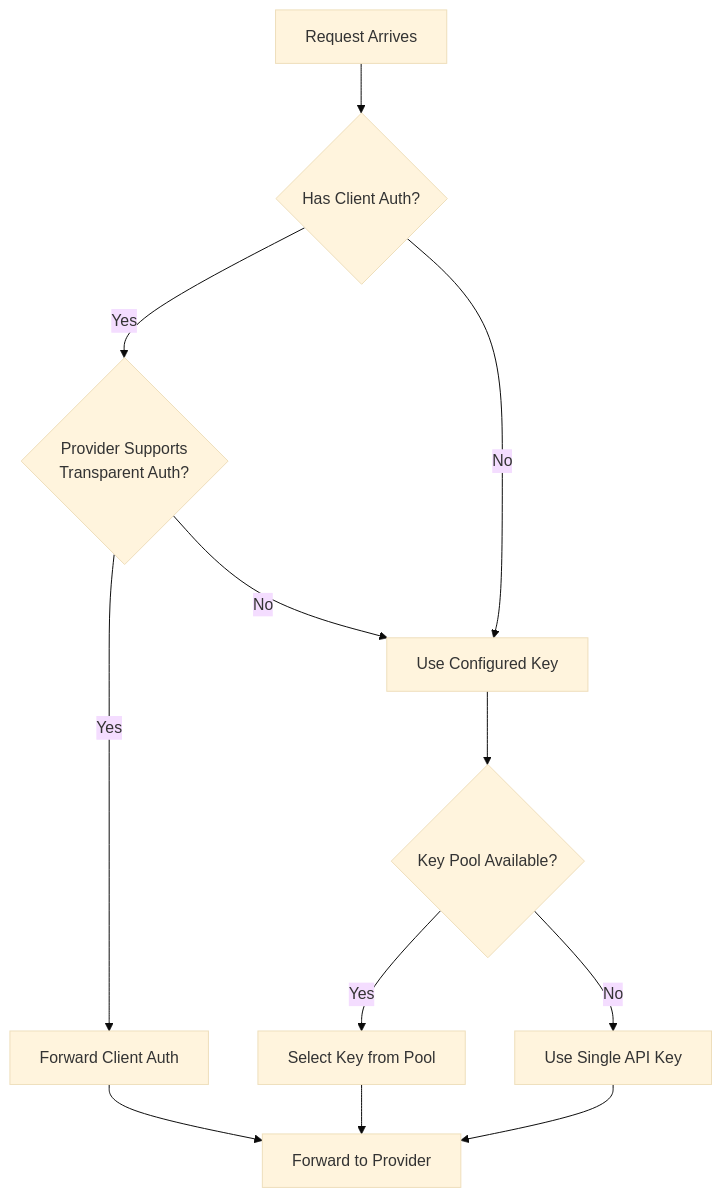
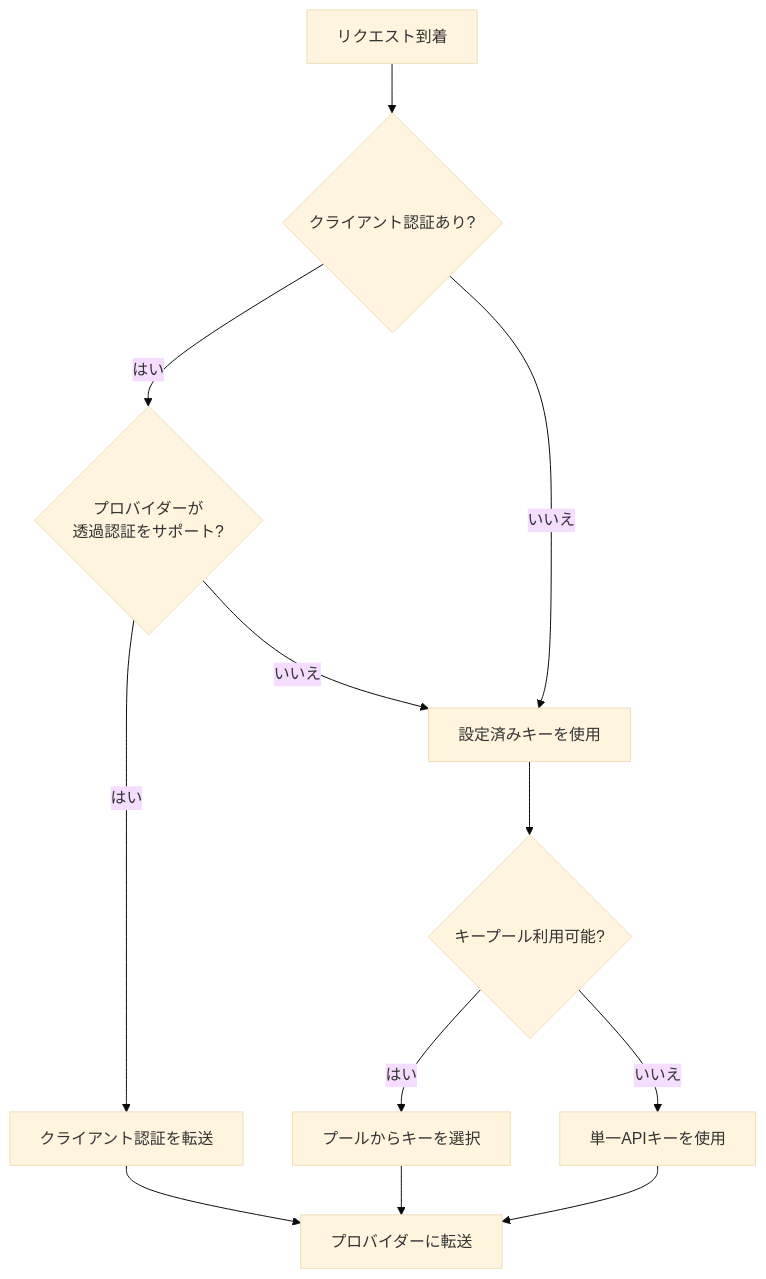
Before and after one commit to omarluq/cc-relay: the fifth of 5 diagrams in docs-site/content/ja/docs/architecture.md, drawn with Mermaid (base theme). The commit also changed other lines of this file and 4 other files, not shown here.

First line of the commit message:
docs: translate architecture.md to all supported languages

````diff
--- a/docs-site/content/ja/docs/architecture.md
+++ b/docs-site/content/ja/docs/architecture.md
@@ -299,14 +299,14 @@
 ```mermaid
 graph TD
-    A[Request Arrives] --> B{Has Client Auth?}
-    B -->|Yes| C{Provider Supports<br/>Transparent Auth?}
-    B -->|No| D[Use Configured Key]
-    C -->|Yes| E[Forward Client Auth]
-    C -->|No| D
-    D --> F{Key Pool Available?}
-    F -->|Yes| G[Select Key from Pool]
-    F -->|No| H[Use Single API Key]
-    E --> I[Forward to Provider]
+    A[リクエスト到着] --> B{クライアント認証あり?}
+    B -->|はい| C{プロバイダーが<br/>透過認証をサポート?}
+    B -->|いいえ| D[設定済みキーを使用]
+    C -->|はい| E[クライアント認証を転送]
+    C -->|いいえ| D
+    D --> F{キープール利用可能?}
+    F -->|はい| G[プールからキーを選択]
+    F -->|いいえ| H[単一APIキーを使用]
+    E --> I[プロバイダーに転送]
     G --> I
     H --> I
 ```
````
